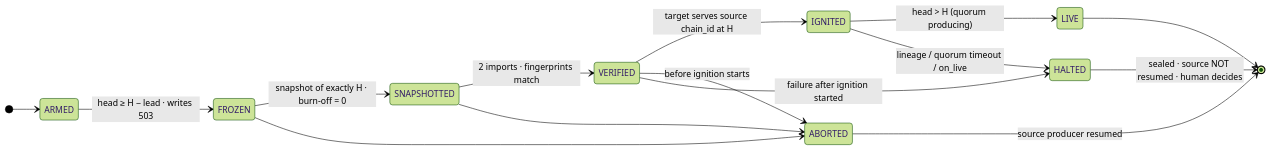
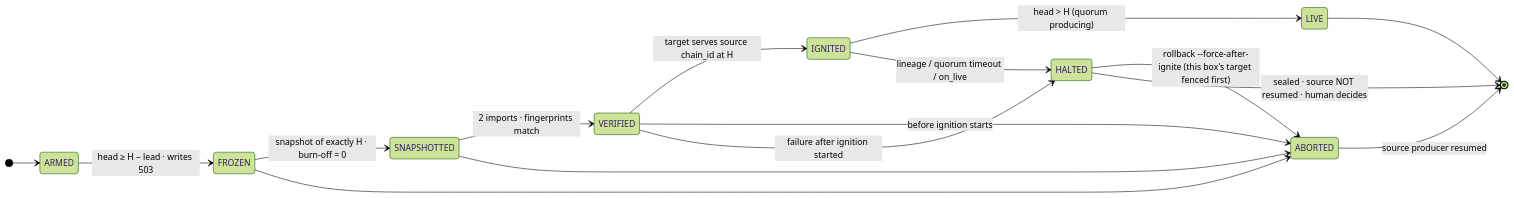
Before and after one commit to paulgnz/pulse-cutover: the fifth of 5 diagrams in README.md, drawn with Mermaid (forest theme). The commit also changed other lines of this file and 9 other files, not shown here.

````diff
--- a/README.md
+++ b/README.md
@@ -608,18 +616,19 @@
 ```mermaid
 stateDiagram-v2
     direction LR
     [*] --> ARMED
     ARMED --> FROZEN: head ≥ H − lead · writes 503
     FROZEN --> SNAPSHOTTED: snapshot of exactly H · burn-off = 0
     SNAPSHOTTED --> VERIFIED: 2 imports · fingerprints match
     VERIFIED --> IGNITED: target serves source chain_id at H
     IGNITED --> LIVE: head > H (quorum producing)
     LIVE --> [*]
     FROZEN --> ABORTED
     SNAPSHOTTED --> ABORTED
     VERIFIED --> ABORTED: before ignition starts
     VERIFIED --> HALTED: failure after ignition started
     IGNITED --> HALTED: lineage / quorum timeout / on_live
+    HALTED --> ABORTED: rollback --force-after-ignite (this box's target fenced first)
     ABORTED --> [*]: source producer resumed
     HALTED --> [*]: sealed · source NOT resumed · human decides
 ```
````
